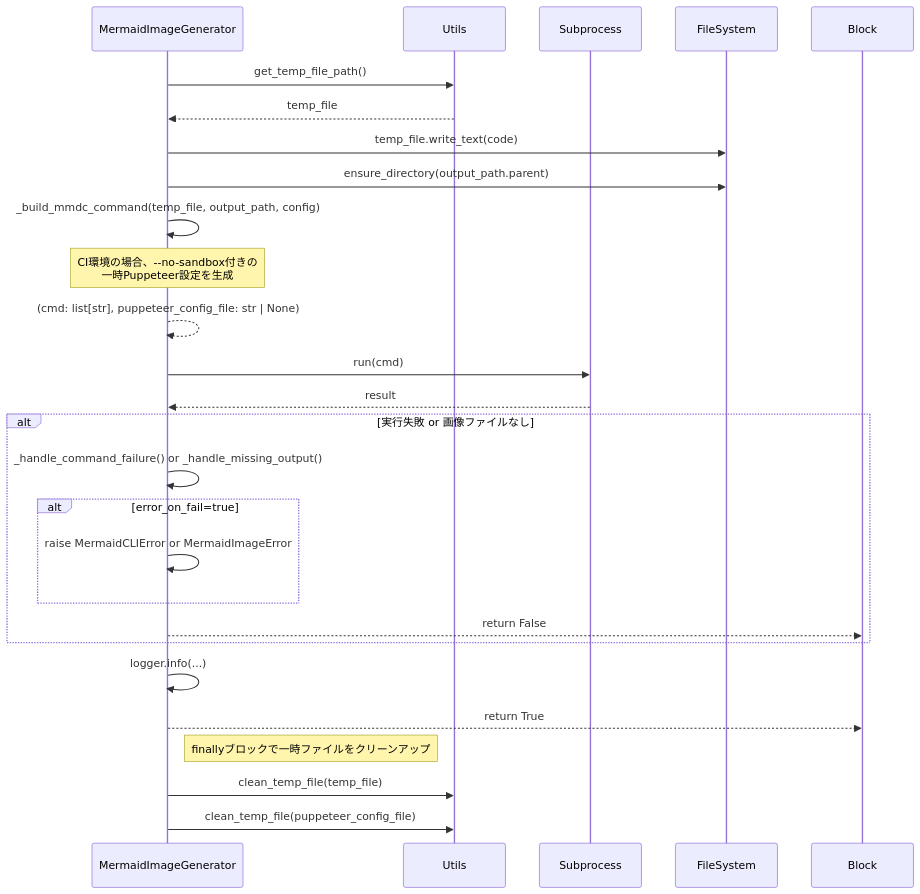
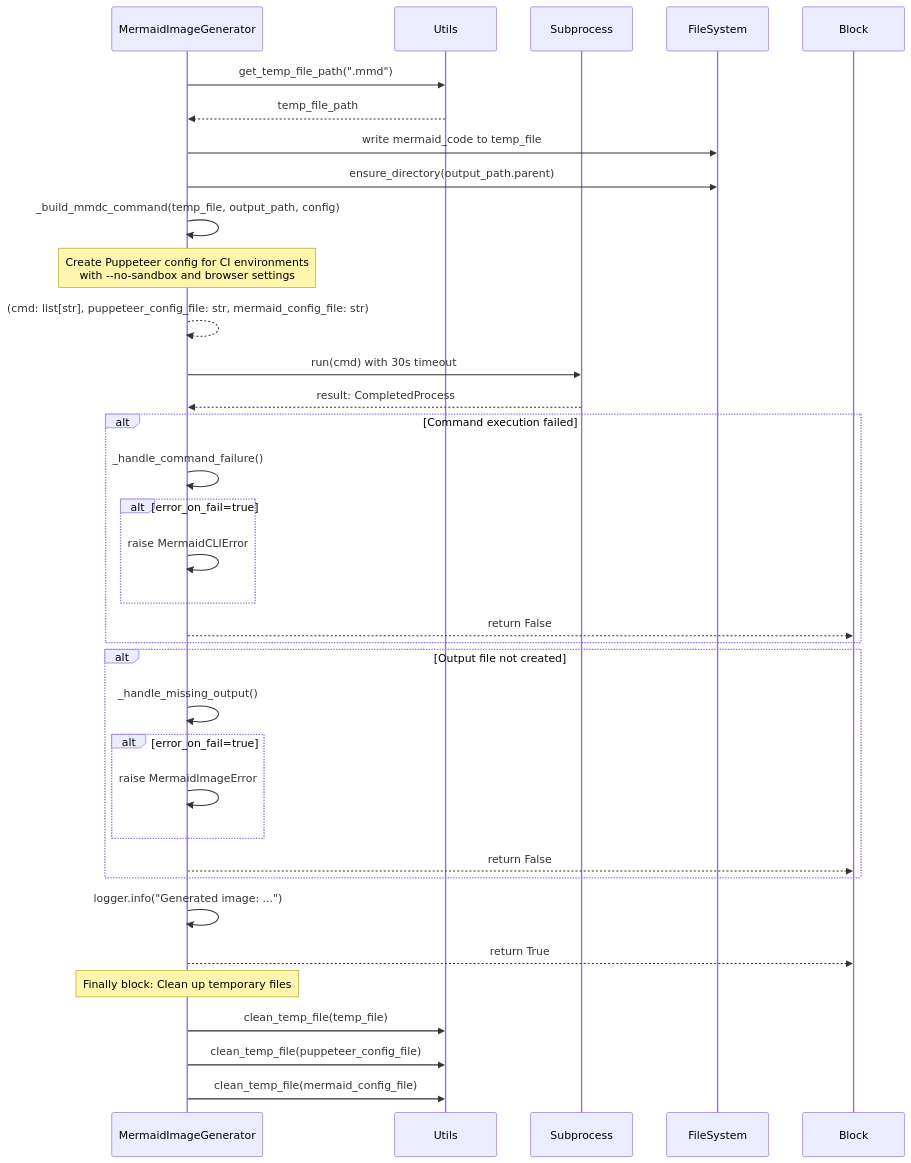
One commit to nuitsjp/mkdocs-mermaid-to-svg changed the sixth of 7 diagrams in docs/architecture.md. Above: the diagram before and after it, drawn with Mermaid. The commit also changed other lines of this file and 1 other file, not shown here.

First line of the commit message:
docs: READMEとarchitecture.mdを全面改訂し、英語化・最新設計・利用例・PDF対応・設定例を充実化

````diff
--- a/docs/architecture.md
+++ b/docs/architecture.md
@@ -286,36 +305,44 @@
 ```mermaid
 sequenceDiagram
     participant ImgGen as MermaidImageGenerator
     participant Utils
     participant Subprocess
     participant FileSystem
 
-    ImgGen->>Utils: get_temp_file_path()
-    Utils-->>ImgGen: temp_file
+    ImgGen->>Utils: get_temp_file_path(".mmd")
+    Utils-->>ImgGen: temp_file_path
 
-    ImgGen->>FileSystem: temp_file.write_text(code)
-
+    ImgGen->>FileSystem: write mermaid_code to temp_file
     ImgGen->>FileSystem: ensure_directory(output_path.parent)
 
     ImgGen->>ImgGen: _build_mmdc_command(temp_file, output_path, config)
-    Note over ImgGen: CI環境の場合、--no-sandbox付きの<br/>一時Puppeteer設定を生成
-    ImgGen-->>ImgGen: (cmd: list[str], puppeteer_config_file: str | None)
+    Note over ImgGen: Create Puppeteer config for CI environments<br/>with --no-sandbox and browser settings
+    ImgGen-->>ImgGen: (cmd: list[str], puppeteer_config_file: str, mermaid_config_file: str)
 
-    ImgGen->>Subprocess: run(cmd)
-    Subprocess-->>ImgGen: result
+    ImgGen->>Subprocess: run(cmd) with 30s timeout
+    Subprocess-->>ImgGen: result: CompletedProcess
 
-    alt 実行失敗 or 画像ファイルなし
-        ImgGen->>ImgGen: _handle_command_failure() or _handle_missing_output()
+    alt Command execution failed
+        ImgGen->>ImgGen: _handle_command_failure()
         alt error_on_fail=true
-            ImgGen->>ImgGen: raise MermaidCLIError or MermaidImageError
+            ImgGen->>ImgGen: raise MermaidCLIError
         end
         ImgGen-->>Block: return False
     end
 
-    ImgGen->>ImgGen: logger.info(...)
+    alt Output file not created
+        ImgGen->>ImgGen: _handle_missing_output()
+        alt error_on_fail=true
+            ImgGen->>ImgGen: raise MermaidImageError
+        end
+        ImgGen-->>Block: return False
+    end
+
+    ImgGen->>ImgGen: logger.info("Generated image: ...")
     ImgGen-->>Block: return True
 
-    note right of ImgGen: finallyブロックで一時ファイルをクリーンアップ
+    note over ImgGen: Finally block: Clean up temporary files
     ImgGen->>Utils: clean_temp_file(temp_file)
     ImgGen->>Utils: clean_temp_file(puppeteer_config_file)
+    ImgGen->>Utils: clean_temp_file(mermaid_config_file)
 ```
````
